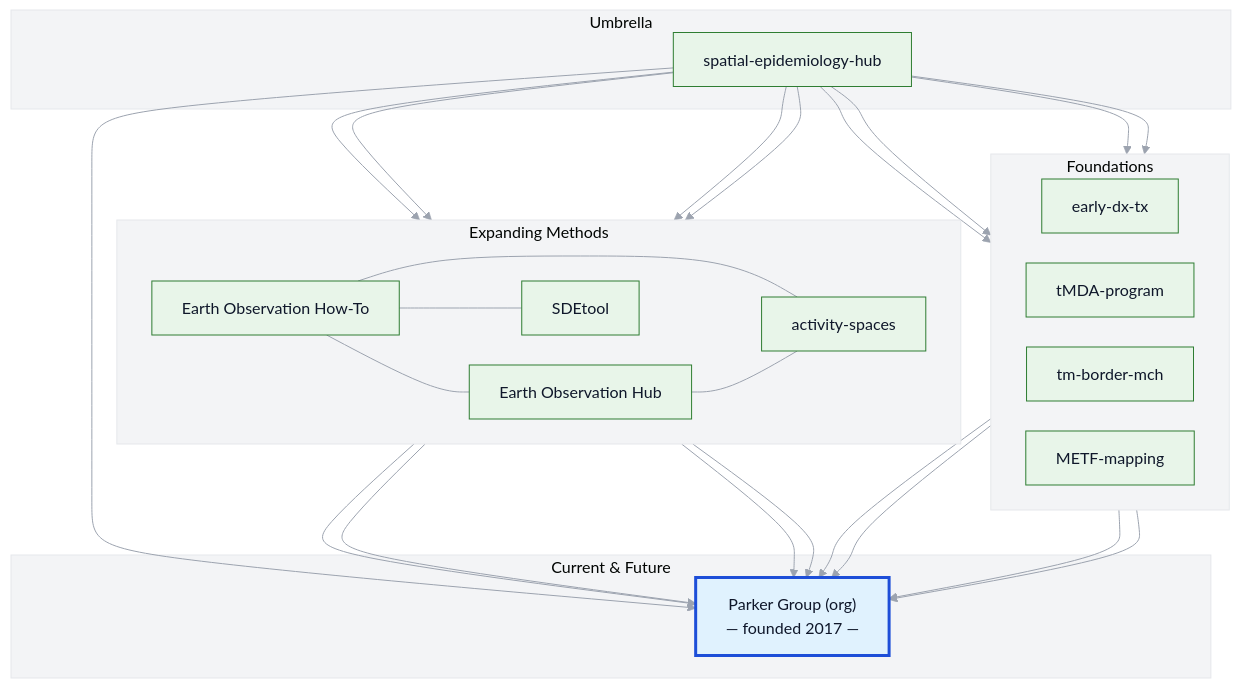
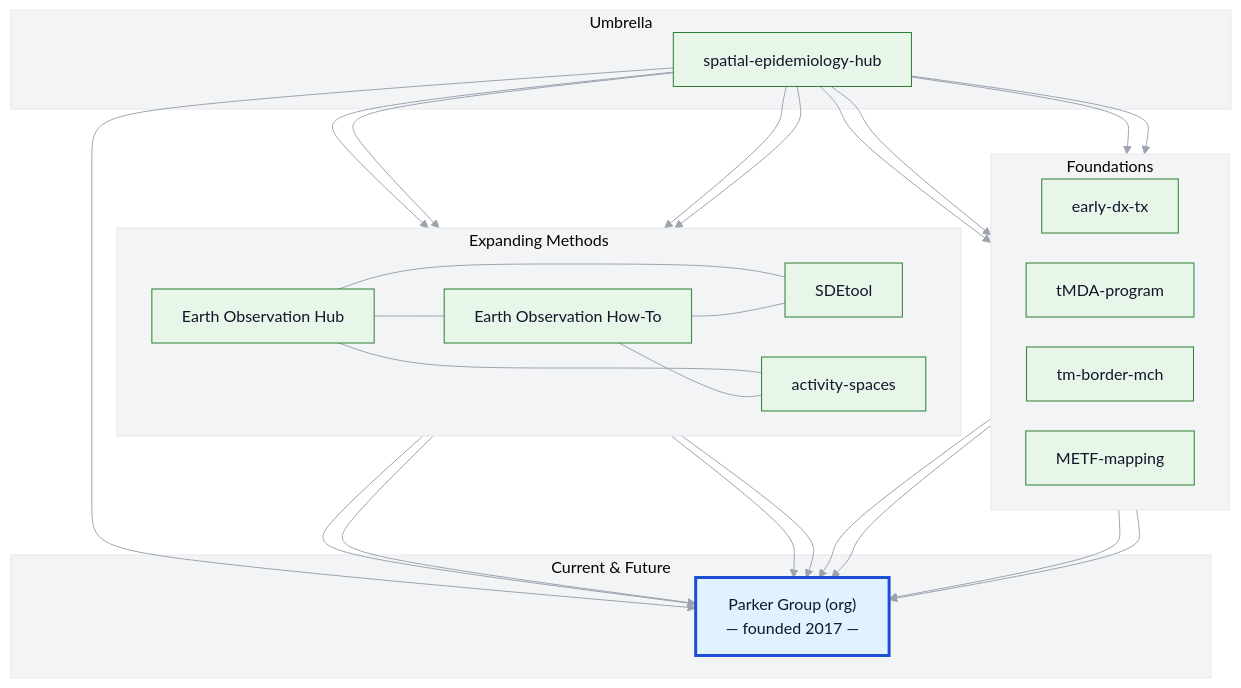
Before and after one commit to DMParker1/spatial-epidemiology-hub: the diagram in README.md, drawn with Mermaid.

````diff
--- a/README.md
+++ b/README.md
@@ -48,70 +48,71 @@
 ```mermaid
 %%{init: {"theme":"base","themeVariables": {
   "background":"#FAFAFA","clusterBkg":"#F3F4F6","clusterBorder":"#E5E7EB",
   "primaryColor":"#E8F5E9","primaryBorderColor":"#2E7D32",
   "primaryTextColor":"#0F172A","lineColor":"#9CA3AF"
 }, "flowchart":{"rankSpacing":45,"nodeSpacing":30}}}%%
 flowchart TB
   subgraph A[Foundations]
     direction LR
     EDT["early-dx-tx"]
     tMDA["tMDA-program"]
     MCH["tm-border-mch"]
     METF["METF-mapping"]
   end
   subgraph B[Expanding Methods]
     direction LR
+    EO["Earth Observation Hub"]
     HOWTO["Earth Observation How-To"]
-    EO["Earth Observation Hub"]
     SDE["SDEtool"]
     AS["activity-spaces"]
   end
   subgraph C[Umbrella]
     GIS["spatial-epidemiology-hub"]
   end
   subgraph D[Current & Future]
     PG["Parker Group (org)\n— founded 2017 —"]:::pg
   end
 
   %% Umbrella links
   GIS --> EDT
   GIS --> tMDA
   GIS --> MCH
   GIS --> METF
+  GIS --> EO
   GIS --> HOWTO
-  GIS --> EO
   GIS --> SDE
   GIS --> AS
   GIS --> PG
 
   %% Method interplay
-  HOWTO --- EO
+  EO --- HOWTO
+  EO --- SDE
+  EO --- AS
   HOWTO --- SDE
   HOWTO --- AS
-  EO --- AS
 
   %% Convergence to Parker Group
+  EO --> PG
   HOWTO --> PG
-  EO --> PG
   SDE --> PG
   AS --> PG
   METF --> PG
   tMDA --> PG
   EDT --> PG
   MCH --> PG
 
   %% Clickable links
   click GIS "https://github.com/DMParker1/spatial-epidemiology-hub" "spatial-epidemiology-hub"
   click EDT "https://github.com/DMParker1/early-dx-tx" "early-dx-tx repository"
   click tMDA "https://github.com/DMParker1/tmda-program" "tMDA-program repository"
   click MCH "https://github.com/DMParker1/tm-border-mch" "tm-border-mch repository"
   click METF "https://github.com/DMParker1/METF-mapping" "METF-mapping repository"
+  click EO "https://github.com/DMParker1/earth-observation-hub" "Earth Observation Hub"
   click HOWTO "https://github.com/parker-group/earth-observation-howto" "EO How-To Guides"
-  click EO "https://github.com/DMParker1/earth-observation-hub" "Earth Observation Hub"
   click SDE "https://github.com/parker-group/SDEtool" "SDEtool package"
   click AS "https://github.com/DMParker1/activity-spaces" "activity-spaces repository"
   click PG "https://github.com/parker-group" "Parker Group organization"
 
   %% Highlight Parker Group node
   classDef pg fill:#E0F2FE,stroke:#1D4ED8,stroke-width:3px;
 ```
````
